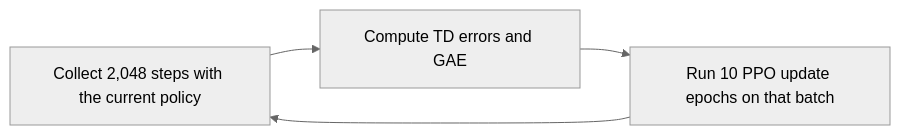
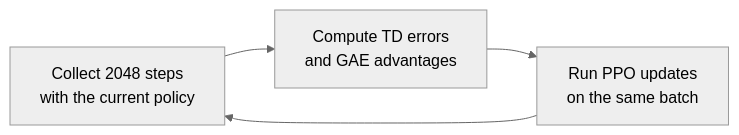
Before and after one commit to saisandeshk/hands-on-modern-rl-en: the diagram in docs/en/chapter01_cartpole/training.md, drawn with Mermaid (neutral theme). The commit also changed other lines of this file and 88 other files, not shown here.

````diff
--- a/docs/en/chapter01_cartpole/training.md
+++ b/docs/en/chapter01_cartpole/training.md
@@ -44,6 +70,6 @@
 ```mermaid
 flowchart LR
-    A["Collect 2,048 steps with the current policy"] --> B["Compute TD errors and GAE"]
-    B --> C["Run 10 PPO update epochs on that batch"]
+    A["Collect 2048 steps<br/>with the current policy"] --> B["Compute TD errors<br/>and GAE advantages"]
+    B --> C["Run PPO updates<br/>on the same batch"]
     C --> A
 ```
````
